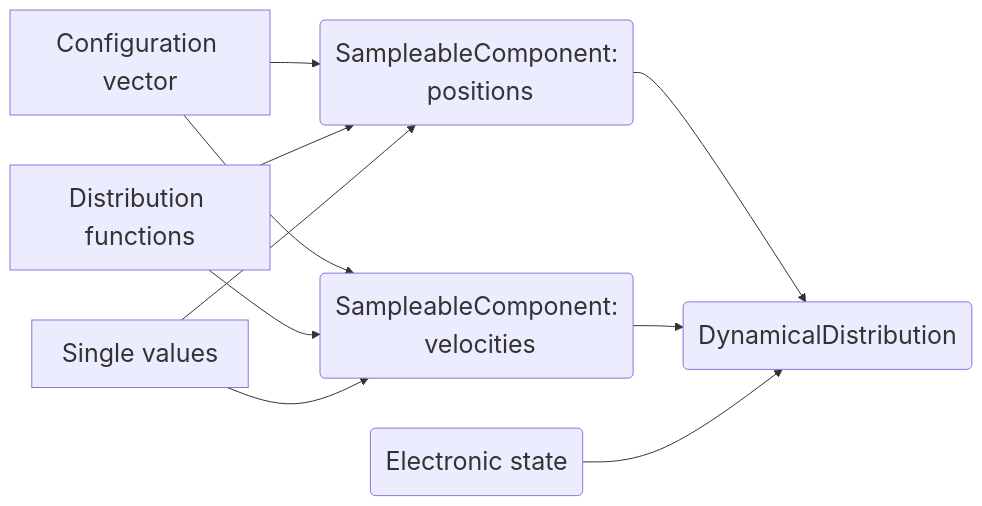
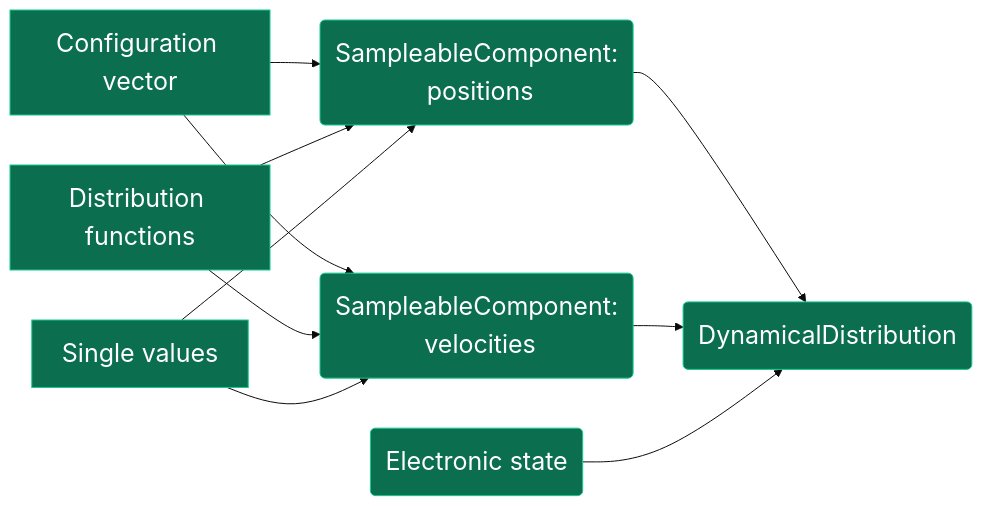
The diagram in images/nqcdistributions.mmd (Alexsp32/NQCDynamics.jl-tech-presentation), drawn with Mermaid before and after one commit. The commit also changed 14 other files, not shown here.

```diff
--- a/images/nqcdistributions.mmd
+++ b/images/nqcdistributions.mmd
@@ -1,12 +1,24 @@
-%%{init: {'theme': 'default', 'themeVariables': { 'fontSize': '25px'}}}%%
+%%{
+    init: {
+        'theme': 'base', 
+        'themeVariables': { 
+            'fontSize': '25px',
+            'primaryColor': '#0B6E4F',
+            'primaryBorderColor': '#14cb92',
+            'primaryTextColor': '#fff',
+            'fontFamily': 'Lexend'
+        }
+    }
+}%%
 
-graph LR
-    R[Configuration vector] --> S1(SampleableComponent:\n positions)
-    F[Distribution functions] --> S1
-    Rfix[Single values] --> S1
-    R --> S2(SampleableComponent:\n velocities)
-    F --> S2
-    Rfix --> S2
-    S1 --> DD(DynamicalDistribution)
-    S2 --> DD
-    S3(Electronic state) --> DD
+
+    graph LR
+        R[Configuration vector] --> S1(SampleableComponent:\n positions)
+        F[Distribution functions] --> S1
+        Rfix[Single values] --> S1
+        R --> S2(SampleableComponent:\n velocities)
+        F --> S2
+        Rfix --> S2
+        S1 --> DD(DynamicalDistribution)
+        S2 --> DD
+        S3(Electronic state) --> DD
```
